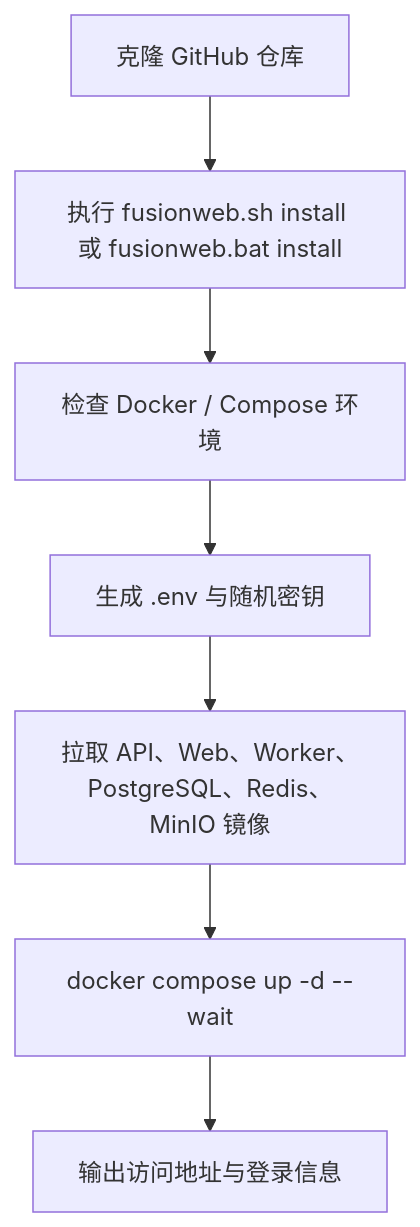
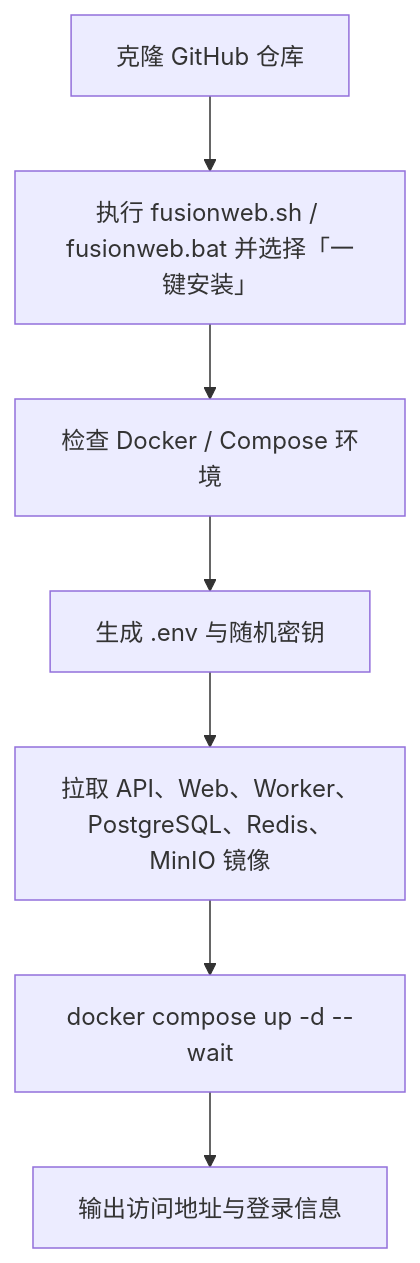
The eighth of 8 diagrams in README.md (HuanXiong031/FusionWeb), drawn with Mermaid before and after one commit. The commit also changed other lines of this file, not shown here.

Commit message:
docs: add one-click install instructions to README

````diff
--- a/README.md
+++ b/README.md
@@ -126,9 +126,9 @@
 ```mermaid
 flowchart TD
-    F1[克隆 GitHub 仓库] --> F2[执行 fusionweb.sh install 或 fusionweb.bat install]
+    F1[克隆 GitHub 仓库] --> F2[执行 fusionweb.sh / fusionweb.bat 并选择「一键安装」]
     F2 --> F3[检查 Docker / Compose 环境]
     F3 --> F4[生成 .env 与随机密钥]
     F4 --> F5[拉取 API、Web、Worker、PostgreSQL、Redis、MinIO 镜像]
     F5 --> F6[docker compose up -d --wait]
     F6 --> F7[输出访问地址与登录信息]
 ```
````
